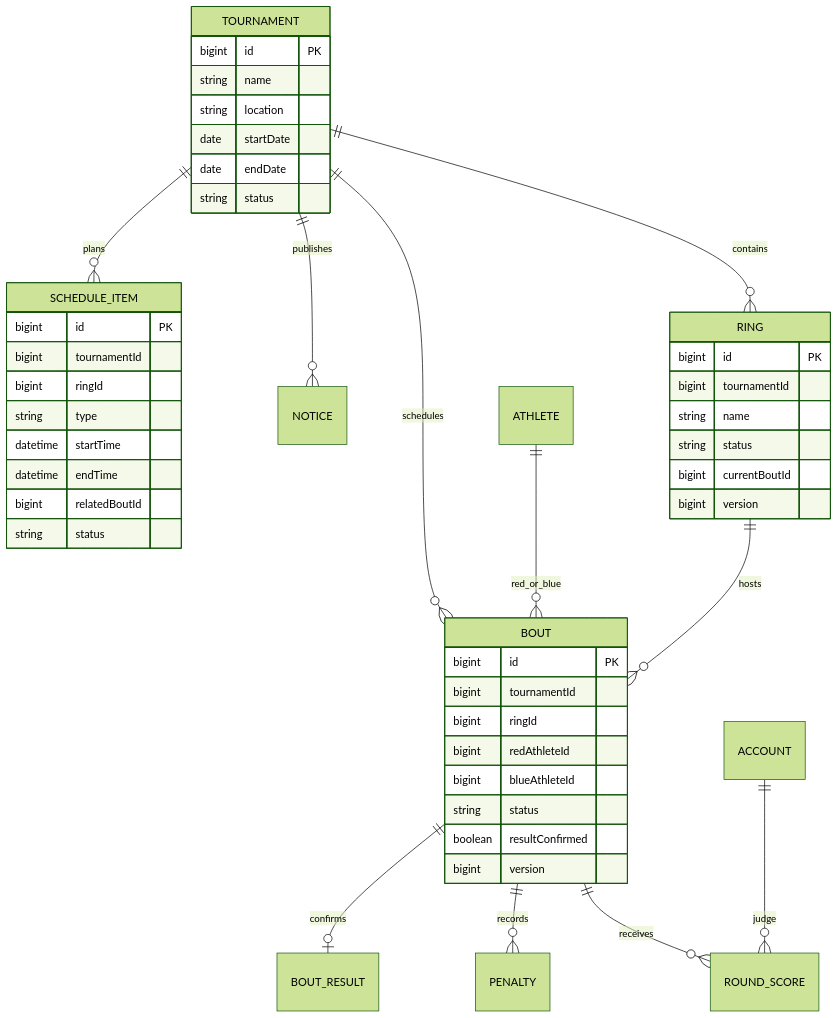
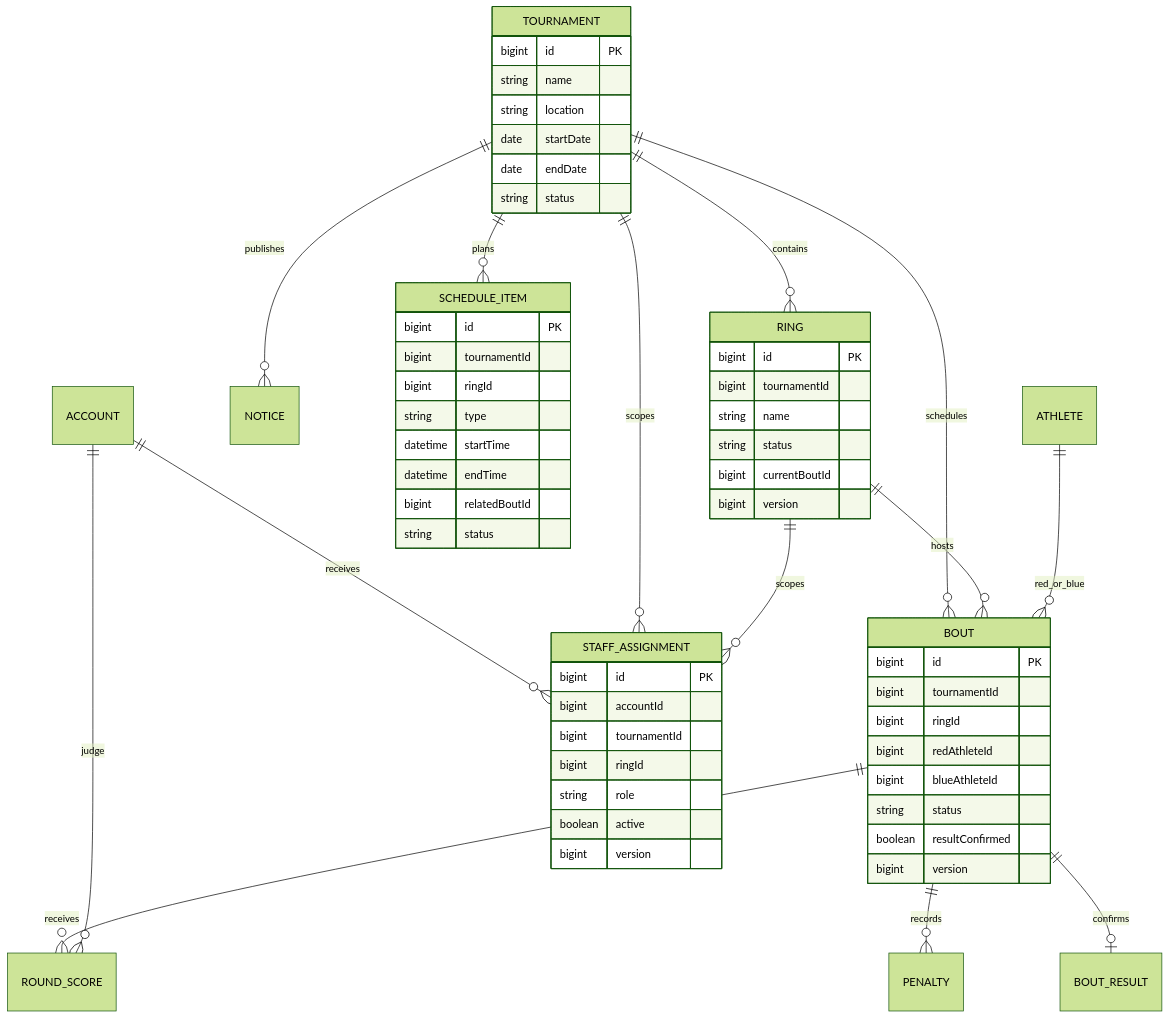
The third of 4 diagrams in docs/design.md (LeeDoGwan/boxing-bracket-service), drawn with Mermaid (forest theme) before and after one commit. The commit also changed other lines of this file and 41 other files, not shown here.

Commit message:
feat: add staff ring assignment and access control

````diff
--- a/docs/design.md
+++ b/docs/design.md
@@ -166,50 +168,62 @@
 ```mermaid
 erDiagram
     TOURNAMENT ||--o{ RING : contains
     TOURNAMENT ||--o{ BOUT : schedules
     TOURNAMENT ||--o{ NOTICE : publishes
     TOURNAMENT ||--o{ SCHEDULE_ITEM : plans
     RING ||--o{ BOUT : hosts
     BOUT ||--o{ ROUND_SCORE : receives
     BOUT ||--o{ PENALTY : records
     BOUT ||--o| BOUT_RESULT : confirms
     ATHLETE ||--o{ BOUT : red_or_blue
     ACCOUNT ||--o{ ROUND_SCORE : judge
+    ACCOUNT ||--o{ STAFF_ASSIGNMENT : receives
+    TOURNAMENT ||--o{ STAFF_ASSIGNMENT : scopes
+    RING ||--o{ STAFF_ASSIGNMENT : scopes
 
     TOURNAMENT {
         bigint id PK
         string name
         string location
         date startDate
         date endDate
         string status
     }
     RING {
         bigint id PK
         bigint tournamentId
         string name
         string status
         bigint currentBoutId
         bigint version
     }
     BOUT {
         bigint id PK
         bigint tournamentId
         bigint ringId
         bigint redAthleteId
         bigint blueAthleteId
         string status
         boolean resultConfirmed
         bigint version
     }
     SCHEDULE_ITEM {
         bigint id PK
         bigint tournamentId
         bigint ringId
         string type
         datetime startTime
         datetime endTime
         bigint relatedBoutId
         string status
     }
+    STAFF_ASSIGNMENT {
+        bigint id PK
+        bigint accountId
+        bigint tournamentId
+        bigint ringId
+        string role
+        boolean active
+        bigint version
+    }
 ```
````
